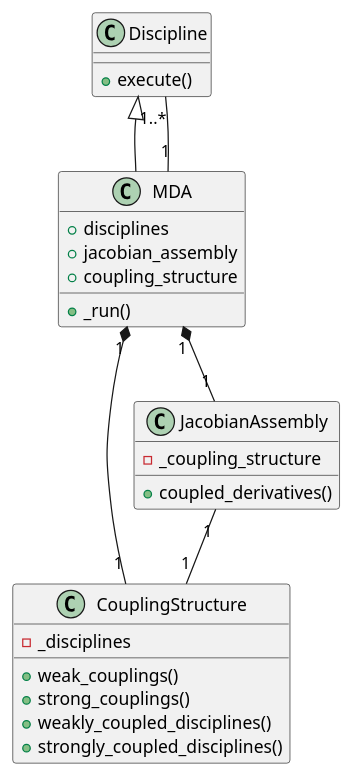
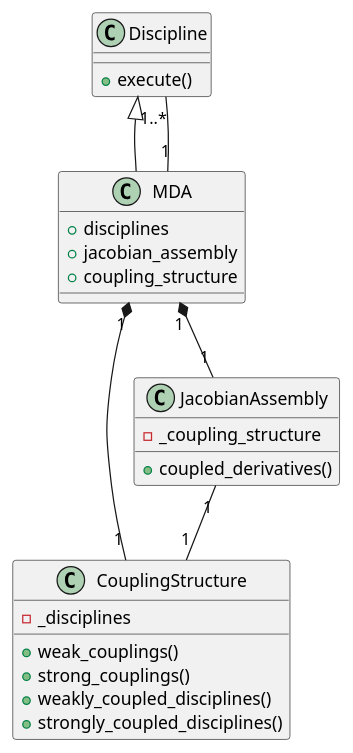
The diagram in doc_src/disciplines/jacobian_assembly.rst (gemseo/gemseo), drawn with PlantUML before and after one commit. The commit also changed other lines of this file and 149 other files, not shown here.

```diff
--- a/doc_src/disciplines/jacobian_assembly.rst
+++ b/doc_src/disciplines/jacobian_assembly.rst
@@ -218,32 +218,31 @@
 .. uml::
 
    @startuml
 
    class Discipline {
    +execute()
    }
    class MDA {
      +disciplines
      +jacobian_assembly
      +coupling_structure
-     +_run()
    }
    class CouplingStructure {
      -_disciplines
      +weak_couplings()
      +strong_couplings()
      +weakly_coupled_disciplines()
      +strongly_coupled_disciplines()
    }
    class JacobianAssembly {
      -_coupling_structure
      +coupled_derivatives()
    }
 
    Discipline <|-- MDA
    MDA "1" *-- "1" CouplingStructure
    MDA "1" *-- "1" JacobianAssembly
    MDA "1" -- "1..*" Discipline
    JacobianAssembly "1" -- "1" CouplingStructure
 
    @enduml
```
